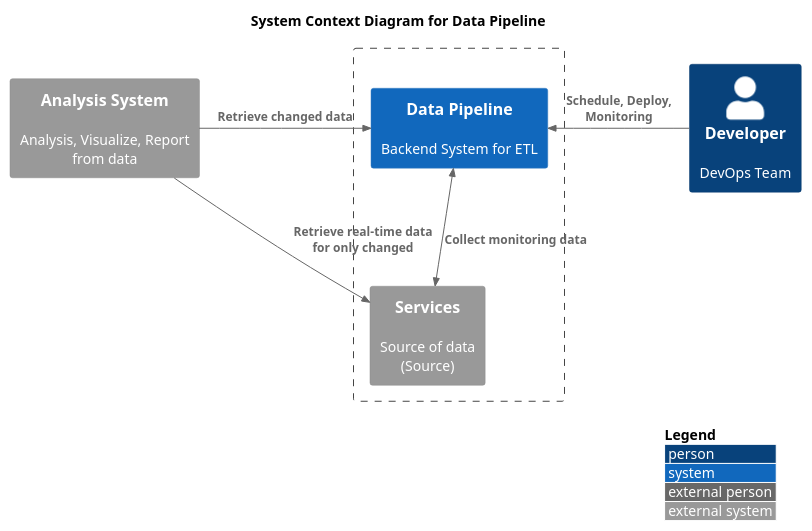
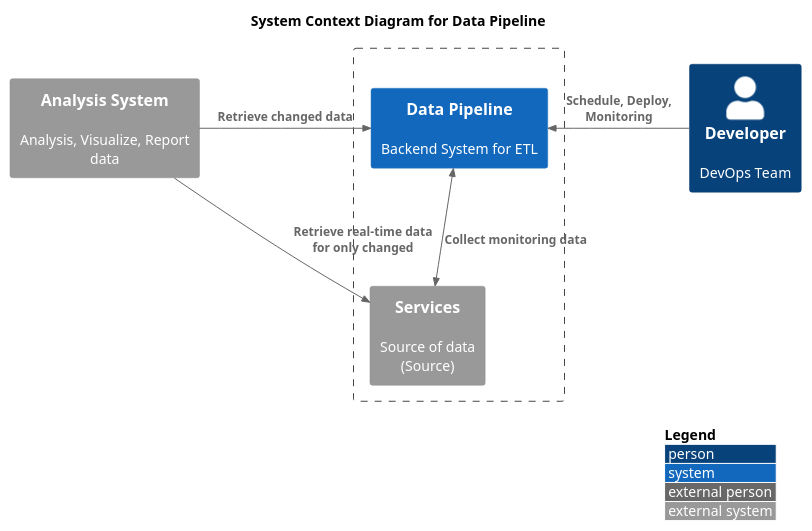
Before and after one commit to yanghoon/obsidian-workspace: the first of 2 diagrams in _diary/2024-06-19.md, drawn with PlantUML. The commit also changed other lines of this file, not shown here.

````diff
--- a/_diary/2024-06-19.md
+++ b/_diary/2024-06-19.md
@@ -3,20 +3,20 @@
 ```plantuml
 !include <C4/C4_Context.puml>
 
 LAYOUT_TOP_DOWN()
 LAYOUT_WITH_LEGEND()
 
 title System Context Diagram for Data Pipeline
 
-System_Ext(analysis, "Analysis System", "Analysis, Visualize, Report from data")
+System_Ext(analysis, "Analysis System", "Analysis, Visualize, Report data")
 Boundary(system, "") {
 	System_Ext(service, "Services", "Source of data\n(Source)")
 	System(app, "Data Pipeline", "Backend System for ETL")
 }
 Person(developer, "Developer", "DevOps Team")
 
 Rel_Right(analysis, app, "Retrieve changed data")
 Rel_Right(analysis, service, "Retrieve real-time data for only changed")
 Rel_Left(developer, app, "Schedule, Deploy, Monitoring")
 BiRel(app, service, "Collect monitoring data")
 ```
````
